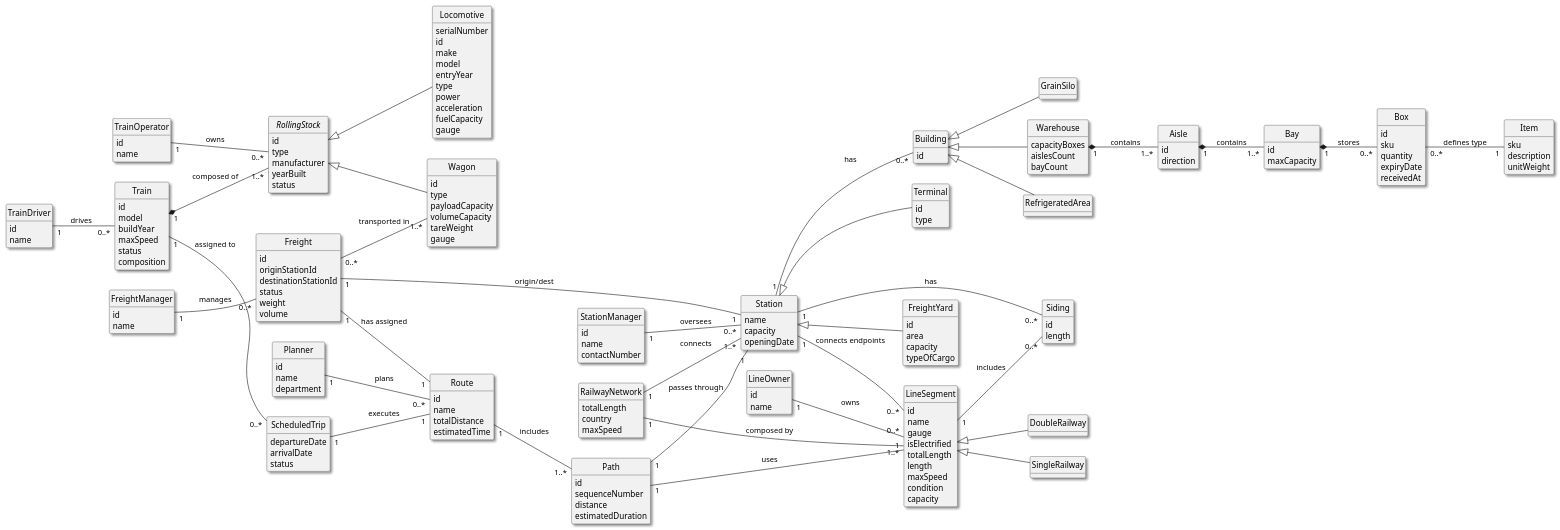
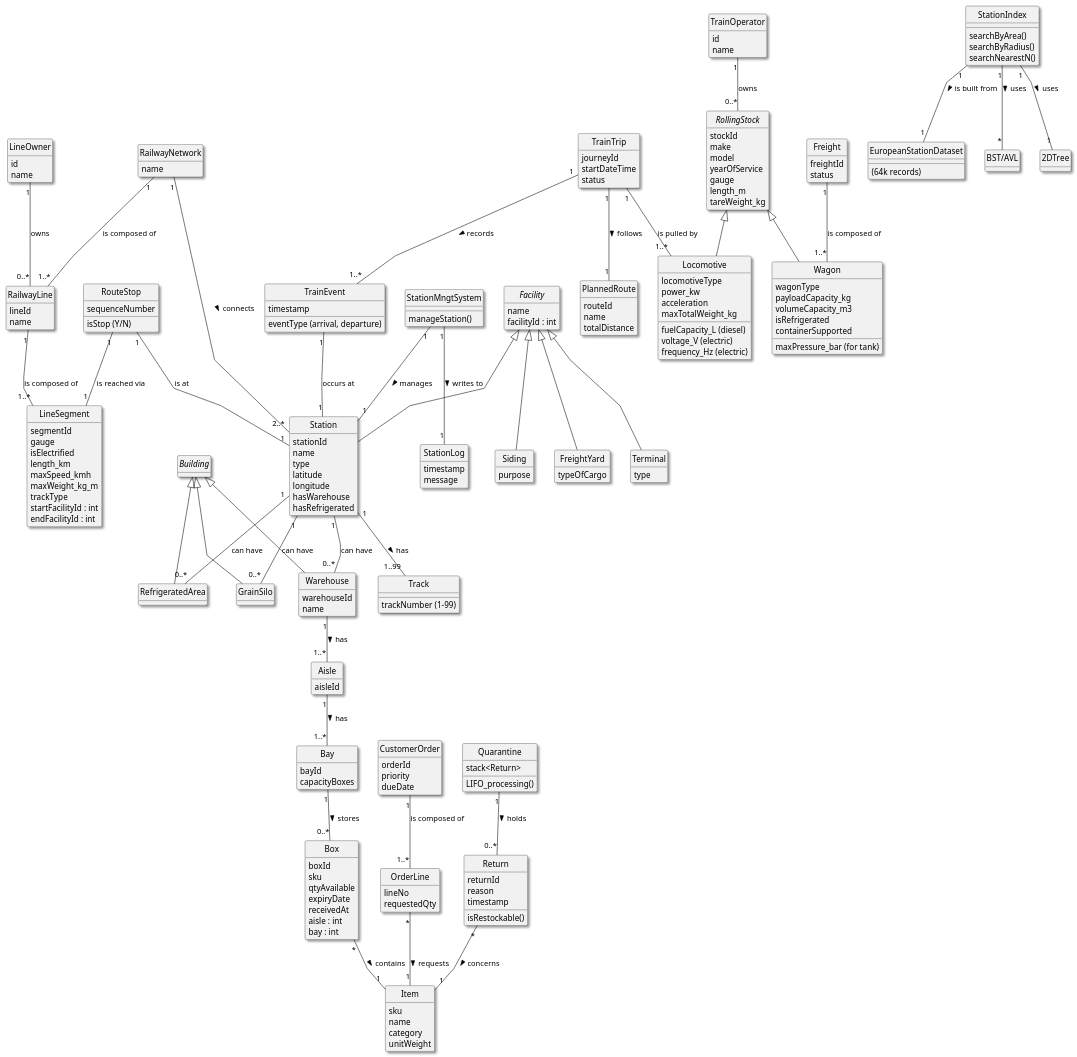
Before and after one commit to Departamento-de-Engenharia-Informatica/sem3-pi-25-26-g023-repo: the diagram in src/doc/LAPR3/USLP01/domain model.puml, drawn with PlantUML. The commit also changed 1 other file, not shown here.

```diff
--- a/src/doc/LAPR3/USLP01/domain model.puml
+++ b/src/doc/LAPR3/USLP01/domain model.puml
@@ -1,248 +1,240 @@
 @startuml
+'https://plantuml.com/class-diagram
+
+' --- GERAL SETTINGS ---
 skinparam monochrome true
-skinparam packageStyle rectangle
 skinparam shadowing true
+skinparam linetype polyline
+skinparam classAttributeIconSize 0
+hide empty methods
+hide circles
 
-hide methods
-hide circles
-left to right direction
+' --- DOMAIN MODEL - CLASSES PURAS (Agrupamentos removidos para evitar erro) ---
 
-' --- ACTORS (MANTIDOS DO SPRINT 2) ---
-class TrainDriver {
-    id
-    name
-}
-class FreightManager {
-    id
-    name
-}
-class StationManager {
-    id
-    name
-    contactNumber
-}
-class Planner {
-    id
-    name
-    department
-}
-class TrainOperator {
-    id
-    name
-}
-class LineOwner {
-    id
-    name
-}
+    class RailwayNetwork {
+        name
+    }
+    class RailwayLine {
+        lineId
+        name
+    }
+    class LineSegment {
+        segmentId
+        gauge
+        isElectrified
+        length_km
+        maxSpeed_kmh
+        maxWeight_kg_m
+        trackType
+        startFacilityId : int
+        endFacilityId : int
+    }
+    class Station {
+        stationId
+        name
+        type
+        latitude
+        longitude
+        hasWarehouse
+        hasRefrigerated
+    }
+    abstract class Facility {
+        name
+        facilityId : int
+    }
+    class FreightYard {
+        typeOfCargo
+    }
+    class Terminal {
+        type
+    }
+    class Siding {
+        purpose
+    }
+    abstract class Building {}
+    class RefrigeratedArea {}
+    class GrainSilo {}
 
-' --- INFRASTRUCTURE ---
-class RailwayNetwork {
-    totalLength
-    country
-    maxSpeed
-}
+    Facility <|-- Station
+    Facility <|-- FreightYard
+    Facility <|-- Terminal
+    Facility <|-- Siding
 
-class Station {
-    name
-    location (lat, lon)
-    capacity
-    openingDate
-}
+    Building <|-- RefrigeratedArea
+    Building <|-- GrainSilo
 
-class FreightYard {
-    id
-    area
-    capacity
-    typeOfCargo
-}
+    RailwayNetwork "1" -- "1..*" RailwayLine : "is composed of"
+    RailwayLine "1" -- "1..*" LineSegment : "is composed of"
+    RailwayNetwork "1" -- "2..*" Station : connects >
 
-class Terminal {
-    id
-    type
-}
+    Station "1" -- "0..*" RefrigeratedArea : "can have"
+    Station "1" -- "0..*" GrainSilo : "can have"
 
-class Siding {
-    id
-    length
-}
+    class TrainOperator {
+        id
+        name
+    }
+    class LineOwner {
+        id
+        name
+    }
+    abstract class RollingStock {
+        stockId
+        make
+        model
+        yearOfService
+        gauge
+        length_m
+        tareWeight_kg
+    }
+    class Locomotive {
+        locomotiveType
+        power_kw
+        acceleration
+        maxTotalWeight_kg
+        fuelCapacity_L (diesel)
+        voltage_V (electric)
+        frequency_Hz (electric)
+    }
+    class Wagon {
+        wagonType
+        payloadCapacity_kg
+        volumeCapacity_m3
+        isRefrigerated
+        maxPressure_bar (for tank)
+        containerSupported
+    }
 
-' Herança de Station (Mantido)
-Station <|-- FreightYard
-Station <|-- Terminal
+    RollingStock <|-- Locomotive
+    RollingStock <|-- Wagon
+    TrainOperator "1" -- "0..*" RollingStock : owns
+    LineOwner "1" -- "0..*" RailwayLine : owns
 
-' --- TRACKS & LINES ---
-class LineSegment {
-    id
-    name
-    gauge
-    isElectrified
-    totalLength
-    length
-    maxSpeed
-    condition
-    capacity
-}
-' Nota: Capacity adicionado em LineSegment para a US de MaxFlow (Sprint 3)
+    class Freight {
+        freightId
+        status
+    }
 
-class SingleRailway {
-}
-class DoubleRailway {
-}
+    class PlannedRoute {
+        routeId
+        name
+        totalDistance
+    }
 
-LineSegment <|-- SingleRailway
-LineSegment <|-- DoubleRailway
+    class RouteStop {
+        sequenceNumber
+        isStop (Y/N)
+    }
 
-' Relations Infra
-RailwayNetwork "1" -- "1..*" Station : connects
-RailwayNetwork "1" -- "1..*" LineSegment : composed by
-Station "1" -- "0..*" LineSegment : connects endpoints
-Station "1" -- "0..*" Siding : has
-LineSegment "1" -- "0..*" Siding : includes
-LineOwner "1" -- "0..*" LineSegment : owns
-StationManager "1" -- "0..*" Station : oversees
+    class TrainTrip {
+        journeyId
+        startDateTime
+        status
+    }
 
-' --- BUILDINGS & WAREHOUSE (EXPANDIDO PARA SPRINT 3) ---
-class Building {
-    id
-}
+    class TrainEvent {
+        timestamp
+        eventType (arrival, departure)
+    }
 
-class RefrigeratedArea {
-}
-class GrainSilo {
-}
+    TrainTrip "1" -- "1" PlannedRoute : follows >
+    TrainTrip "1" -- "1..*" TrainEvent : records >
 
-class Warehouse {
-    capacityBoxes
-    aislesCount
-    bayCount
-}
+    class Warehouse extends Building {
+        warehouseId
+        name
+    }
+    class Aisle {
+        aisleId
+    }
+    class Bay {
+        bayId
+        capacityBoxes
+    }
+    class Box {
+        boxId
+        sku
+        qtyAvailable
+        expiryDate
+        receivedAt
+        aisle : int
+        bay : int
+    }
+    class Item {
+        sku
+        name
+        category
+        unitWeight
+    }
+    class CustomerOrder {
+        orderId
+        priority
+        dueDate
+    }
+    class OrderLine {
+        lineNo
+        requestedQty
+    }
+    class Return {
+        returnId
+        reason
+        timestamp
+        isRestockable()
+    }
+    class Quarantine {
+        stack<Return>
+        LIFO_processing()
+    }
 
-' --- NOVO: Detalhe obrigatório para ESINF (Sprint 3) ---
-class Aisle {
-    id
-    direction
-}
-class Bay {
-    id
-    maxCapacity
-}
-class Box {
-    id
-    sku
-    quantity
-    expiryDate
-    receivedAt
-}
-class Item {
-    sku
-    description
-    unitWeight
-}
+    Warehouse "1" -- "1..*" Aisle : has >
+    Aisle "1" -- "1..*" Bay : has >
+    Bay "1" -- "0..*" Box : stores >
+    Box "*" -- "1" Item : contains >
+    CustomerOrder "1" -- "1..*" OrderLine : "is composed of"
+    OrderLine "*" -- "1" Item : requests >
+    Return "*" -- "1" Item : concerns >
+    Quarantine "1" -- "0..*" Return : holds >
 
-' Relations Buildings
-Station "1" -- "0..*" Building : has
-Building <|-- RefrigeratedArea
-Building <|-- GrainSilo
-Building <|-- Warehouse
+    class StationMngtSystem {
+        manageStation()
+    }
+    class Track {
+        trackNumber (1-99)
+    }
+    class StationLog {
+        timestamp
+        message
+    }
 
-' Warehouse Composition (ESINF)
-Warehouse "1" *-- "1..*" Aisle : contains
-Aisle "1" *-- "1..*" Bay : contains
-Bay "1" *-- "0..*" Box : stores
-Box "0..*" -- "1" Item : defines type
+    StationMngtSystem "1" -- "1" StationLog : writes to >
 
-' --- ROLLING STOCK (MANTIDO) ---
-class Train {
-    id
-    model
-    buildYear
-    maxSpeed
-    status
-    composition
-}
+    class StationIndex {
+        searchByArea()
+        searchByRadius()
+        searchNearestN()
+    }
+    class EuropeanStationDataset {
+        (64k records)
+    }
+    class "BST/AVL" as TreeIndex
+    class "2DTree" as SpatialIndex
 
-abstract class RollingStock {
-    id
-    type
-    manufacturer
-    yearBuilt
-    status
-}
+    StationIndex "1" -- "1" EuropeanStationDataset : is built from >
+    StationIndex "1" -- "*" TreeIndex : uses >
+    StationIndex "1" -- "1" SpatialIndex : uses >
 
-class Locomotive {
-    serialNumber
-    id
-    make
-    model
-    entryYear
-    type
-    power
-    acceleration
-    fuelCapacity
-    gauge
-}
+' --- GLOBAL RELATIONSHIPS ---
 
-class Wagon {
-    id
-    type
-    payloadCapacity
-    volumeCapacity
-    tareWeight
-    gauge
-}
+Station "1" -- "0..*" Warehouse : "can have"
 
-' Relations Rolling Stock
-TrainOperator "1" -- "0..*" RollingStock : owns
-Train "1" *-- "1..*" RollingStock : composed of
-RollingStock <|-- Locomotive
-RollingStock <|-- Wagon
-TrainDriver "1" -- "0..*" Train : drives
+RouteStop "1" -- "1" Station : "is at"
+RouteStop "1" -- "1" LineSegment : "is reached via"
+TrainEvent "1" -- "1" Station : "occurs at"
 
-' --- LOGISTICS & OPERATIONS (ATUALIZADO PARA SPRINT 3) ---
-class Freight {
-    id
-    originStationId
-    destinationStationId
-    status
-    weight
-    volume
-}
+StationMngtSystem "1" -- "1" Station : manages >
+Station "1" -- "1..99" Track : has >
 
-class Route {
-    id
-    name
-    totalDistance
-    estimatedTime
-}
-
-class Path {
-    id
-    sequenceNumber
-    distance
-    estimatedDuration
-}
-
-' --- NOVO: Agendamento para LAPR3 (Sprint 3) ---
-class ScheduledTrip {
-    departureDate
-    arrivalDate
-    status
-}
-
-' Relations Logistics
-FreightManager "1" -- "0..*" Freight : manages
-Planner "1" -- "0..*" Route : plans
-
-Freight "0..*" -- "1..*" Wagon : transported in
-Freight "1" -- "1" Route : has assigned
-Freight "1" -- "1" Station : origin/dest
-
-Route "1" -- "1..*" Path : includes
-Path "1" -- "1" Station : passes through
-Path "1" -- "1" LineSegment : uses
-
-' Ligação do Comboio à Rota via Viagem Agendada (Sprint 3)
-Train "1" -- "0..*" ScheduledTrip : assigned to
-ScheduledTrip "1" -- "1" Route : executes
+TrainTrip "1" -- "1..*" Locomotive : "is pulled by"
+Freight "1" -- "1..*" Wagon : "is composed of"
 
 @enduml
```
